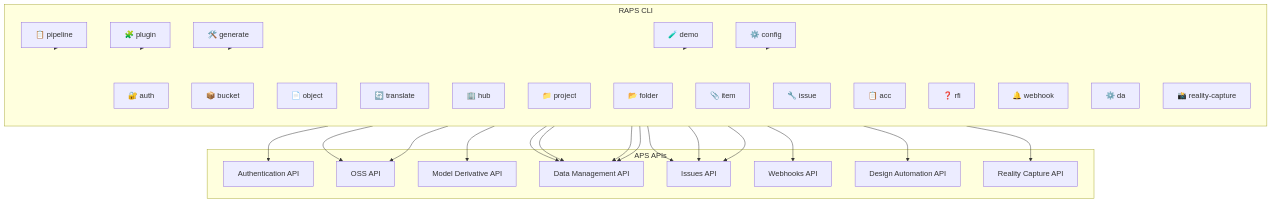
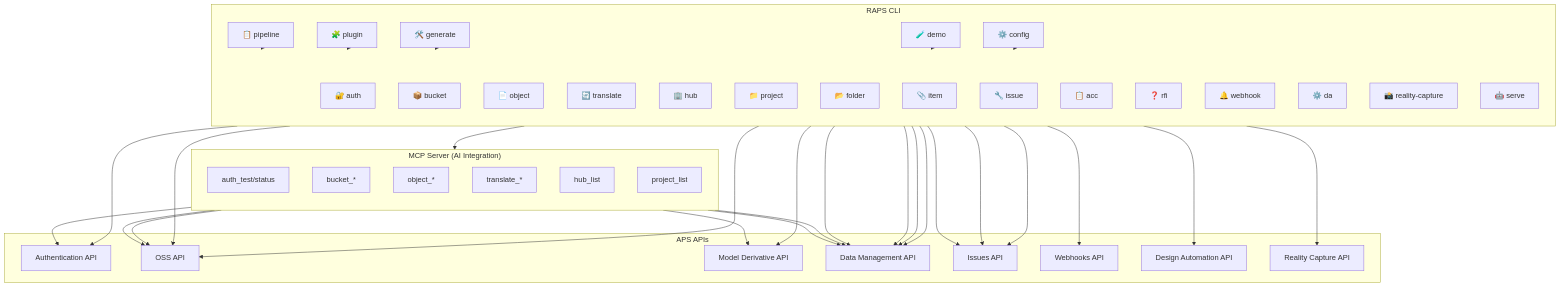
The first of 6 diagrams in docs/features.md (dmytro-yemelianov/raps), drawn with Mermaid before and after one commit. The commit also changed other lines of this file and 2 other files, not shown here.

First line of the commit message:
docs: Add MCP server documentation for v3.0.0

````diff
--- a/docs/features.md
+++ b/docs/features.md
@@ -16,56 +16,75 @@
 ```mermaid
 graph TB
     subgraph CLI["RAPS CLI"]
         direction TB
         Auth[🔐 auth]
         Bucket[📦 bucket]
         Object[📄 object]
         Translate[🔄 translate]
         Hub[🏢 hub]
         Project[📁 project]
         Folder[📂 folder]
         Item[📎 item]
         Issue[🔧 issue]
         Acc[📋 acc]
         Rfi[❓ rfi]
         Webhook[🔔 webhook]
         DA[⚙️ da]
         RC[📸 reality-capture]
         Pipeline[📋 pipeline]
         Plugin[🧩 plugin]
         Generate[🛠️ generate]
         Demo[🧪 demo]
         Config[⚙️ config]
+        Serve[🤖 serve]
+    end
+    
+    subgraph MCP["MCP Server (AI Integration)"]
+        direction TB
+        MCPAuth[auth_test/status]
+        MCPBucket[bucket_*]
+        MCPObject[object_*]
+        MCPTranslate[translate_*]
+        MCPHub[hub_list]
+        MCPProject[project_list]
     end
 
     subgraph APIs["APS APIs"]
         AuthAPI[Authentication API]
         OSSAPI[OSS API]
         MDAPI[Model Derivative API]
         DMAPI[Data Management API]
         IssuesAPI[Issues API]
         WebhooksAPI[Webhooks API]
         DAAPI[Design Automation API]
         RCAPI[Reality Capture API]
     end
 
     Auth --> AuthAPI
     Bucket --> OSSAPI
     Object --> OSSAPI
     Translate --> MDAPI
     Hub --> DMAPI
     Project --> DMAPI
     Folder --> DMAPI
     Item --> DMAPI
     Issue --> IssuesAPI
     Acc --> IssuesAPI
     Rfi --> IssuesAPI
     Webhook --> WebhooksAPI
     DA --> DAAPI
     RC --> RCAPI
     Pipeline --> CLI
     Plugin --> CLI
     Generate --> CLI
     Demo --> CLI
     Config --> CLI
+    Serve --> MCP
+    
+    MCPAuth --> AuthAPI
+    MCPBucket --> OSSAPI
+    MCPObject --> OSSAPI
+    MCPTranslate --> MDAPI
+    MCPHub --> DMAPI
+    MCPProject --> DMAPI
 ```
````
